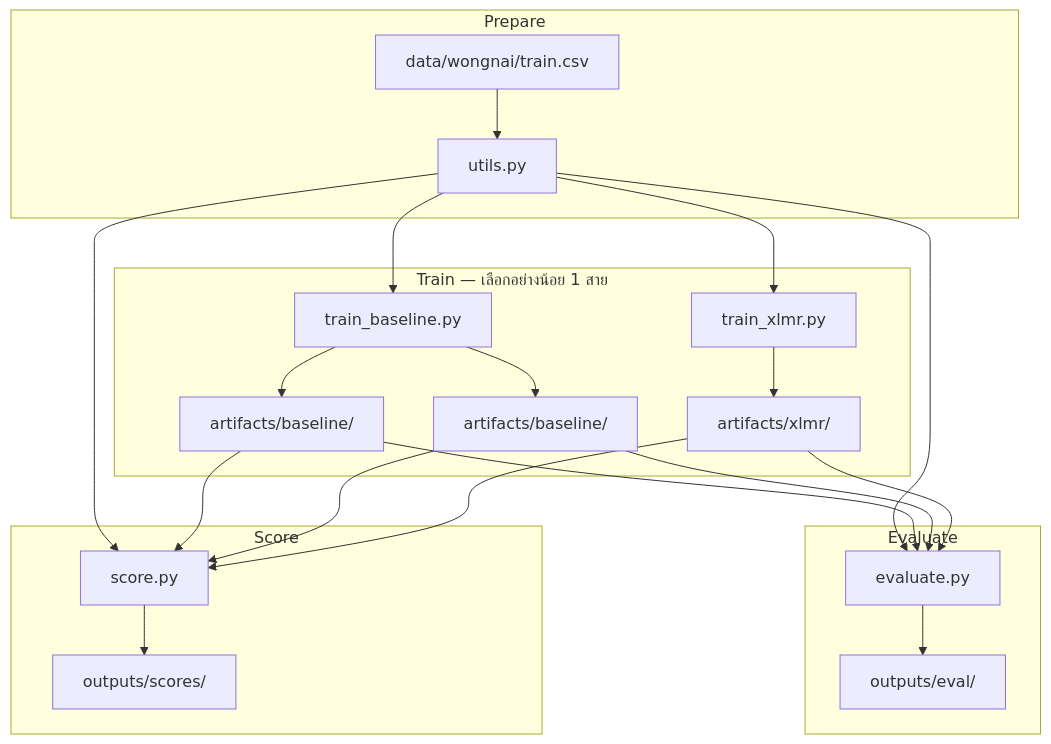
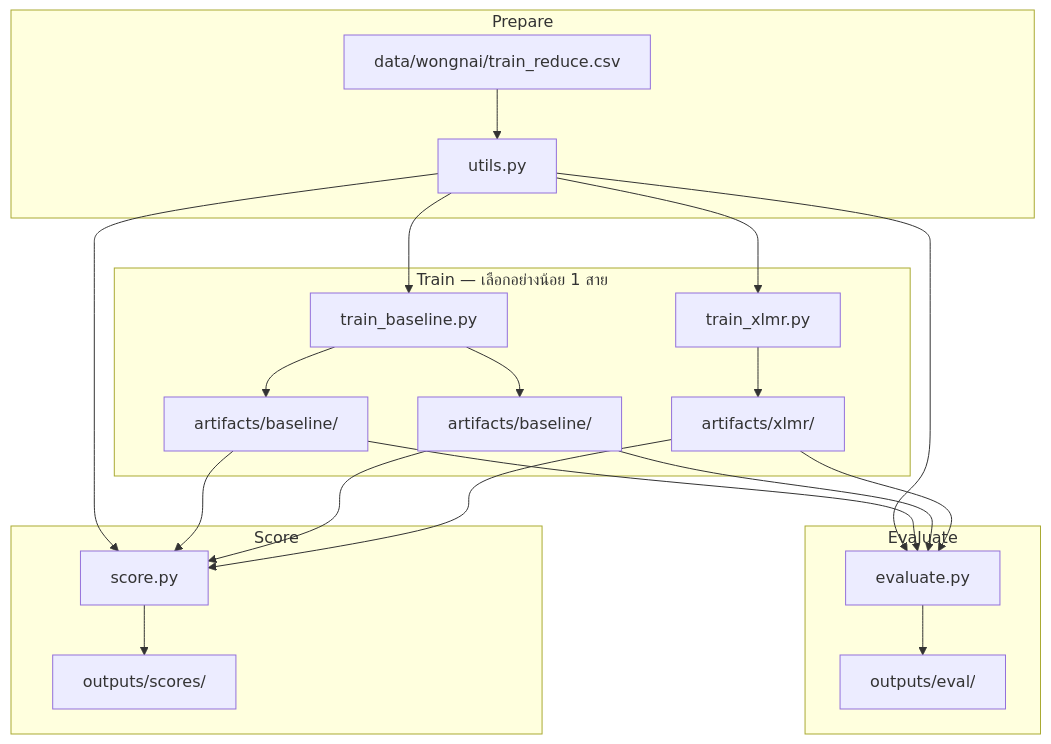
One commit to codedbypu/foods-review-classification changed the diagram in README2.md. Above: the diagram before and after it, drawn with Mermaid. The commit also changed other lines of this file and 14 other files, not shown here.

````diff
--- a/README2.md
+++ b/README2.md
@@ -104,36 +112,36 @@
 ```mermaid
 flowchart TB
   subgraph prepare [Prepare]
-    CSV[data/wongnai/train.csv]
+    CSV[data/wongnai/train_reduce.csv]
     U[utils.py]
     CSV --> U
   end
 
   subgraph train [Train — เลือกอย่างน้อย 1 สาย]
     TB[train_baseline.py]
     TX[train_xlmr.py]
     U --> TB
     U --> TX
     TB --> A1[artifacts/baseline/]
     TB --> A2[artifacts/baseline/]
     TX --> A3[artifacts/xlmr/]
   end
 
   subgraph eval [Evaluate]
     EV[evaluate.py]
     U --> EV
     A1 --> EV
     A2 --> EV
     A3 --> EV
     EV --> EOUT[outputs/eval/]
   end
 
   subgraph infer [Score]
     SC[score.py]
     U --> SC
     A1 --> SC
     A2 --> SC
     A3 --> SC
     SC --> OUT[outputs/scores/]
   end
 ```
````
